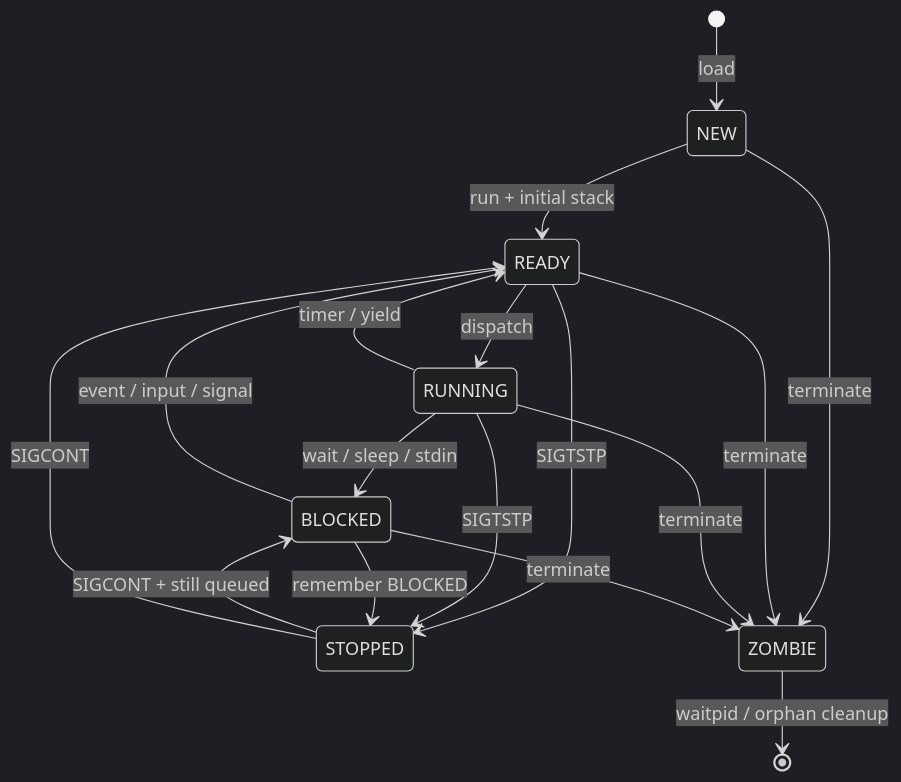
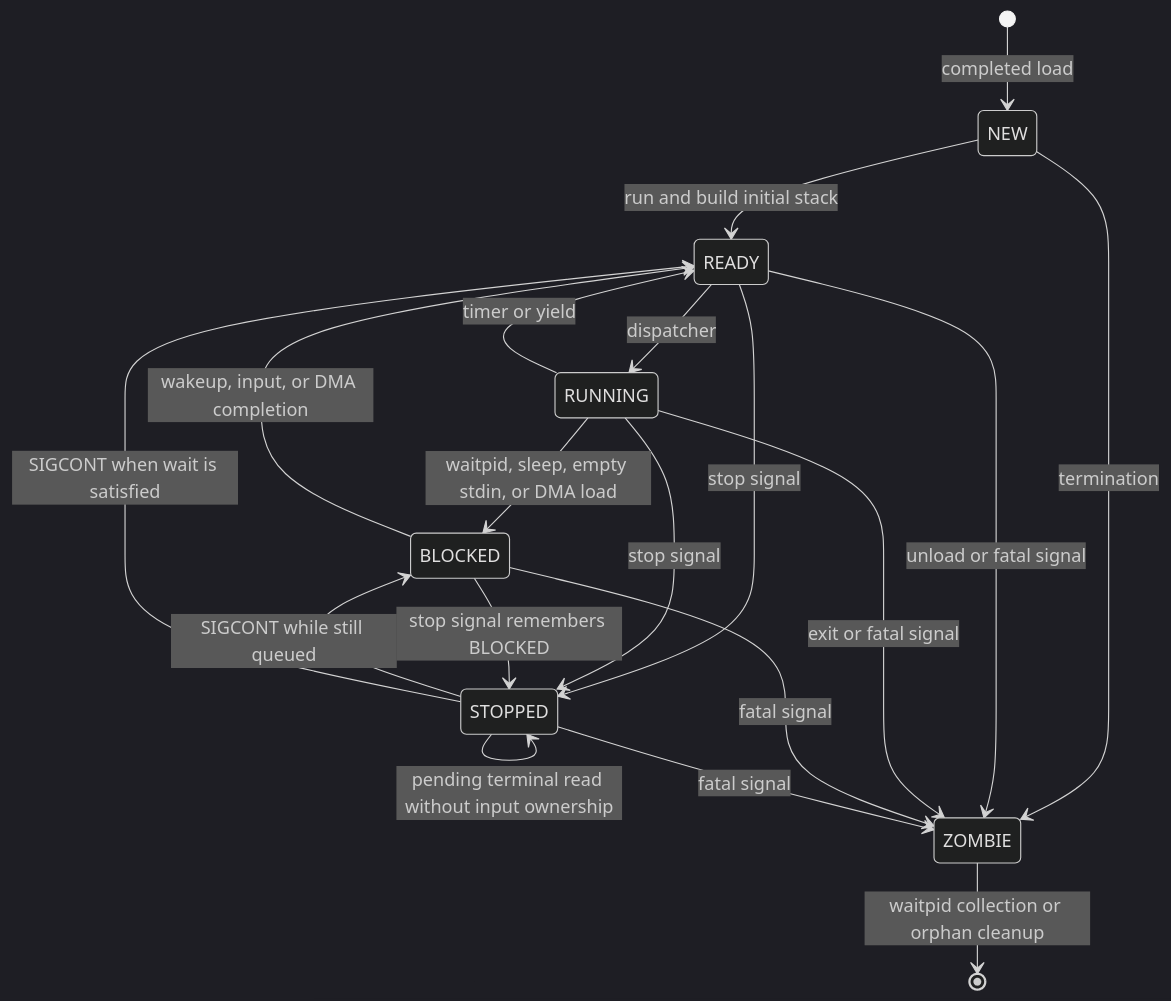
Diagram 12 of 32 in slides.md (matthejue/Pico-OS_Presentation), drawn with Mermaid (dark theme) before and after one commit. The commit also changed other lines of this file and 10 other files, not shown here.

Commit message:
updated the PicoOS presentation to follow the refreshed README structure and content Added visual zoom support, Mermaid rendering, presentation validation, and source review documentation Refreshed presentation styling, metadata, source snapshots, and contributor instructions

````diff
--- a/slides.md
+++ b/slides.md
@@ -939,19 +1889,21 @@
-```mermaid {scale:0.72}
+```mermaid
 stateDiagram-v2
-    [*] --> NEW: load
-    NEW --> READY: run + initial stack
-    READY --> RUNNING: dispatch
-    RUNNING --> READY: timer / yield
-    RUNNING --> BLOCKED: wait / sleep / stdin
-    BLOCKED --> READY: event / input / signal
-    READY --> STOPPED: SIGTSTP
-    RUNNING --> STOPPED: SIGTSTP
-    BLOCKED --> STOPPED: remember BLOCKED
-    STOPPED --> BLOCKED: SIGCONT + still queued
-    STOPPED --> READY: SIGCONT
-    NEW --> ZOMBIE: terminate
-    READY --> ZOMBIE: terminate
-    RUNNING --> ZOMBIE: terminate
-    BLOCKED --> ZOMBIE: terminate
-    ZOMBIE --> [*]: waitpid / orphan cleanup
+    [*] --> NEW: completed load
+    NEW --> READY: run and build initial stack
+    READY --> RUNNING: dispatcher
+    RUNNING --> READY: timer or yield
+    RUNNING --> BLOCKED: waitpid, sleep, empty stdin, or DMA load
+    BLOCKED --> READY: wakeup, input, or DMA completion
+    READY --> STOPPED: stop signal
+    RUNNING --> STOPPED: stop signal
+    BLOCKED --> STOPPED: stop signal remembers BLOCKED
+    STOPPED --> BLOCKED: SIGCONT while still queued
+    STOPPED --> READY: SIGCONT when wait is satisfied
+    STOPPED --> STOPPED: pending terminal read without input ownership
+    NEW --> ZOMBIE: termination
+    READY --> ZOMBIE: unload or fatal signal
+    RUNNING --> ZOMBIE: exit or fatal signal
+    BLOCKED --> ZOMBIE: fatal signal
+    STOPPED --> ZOMBIE: fatal signal
+    ZOMBIE --> [*]: waitpid collection or orphan cleanup
 ```
````
